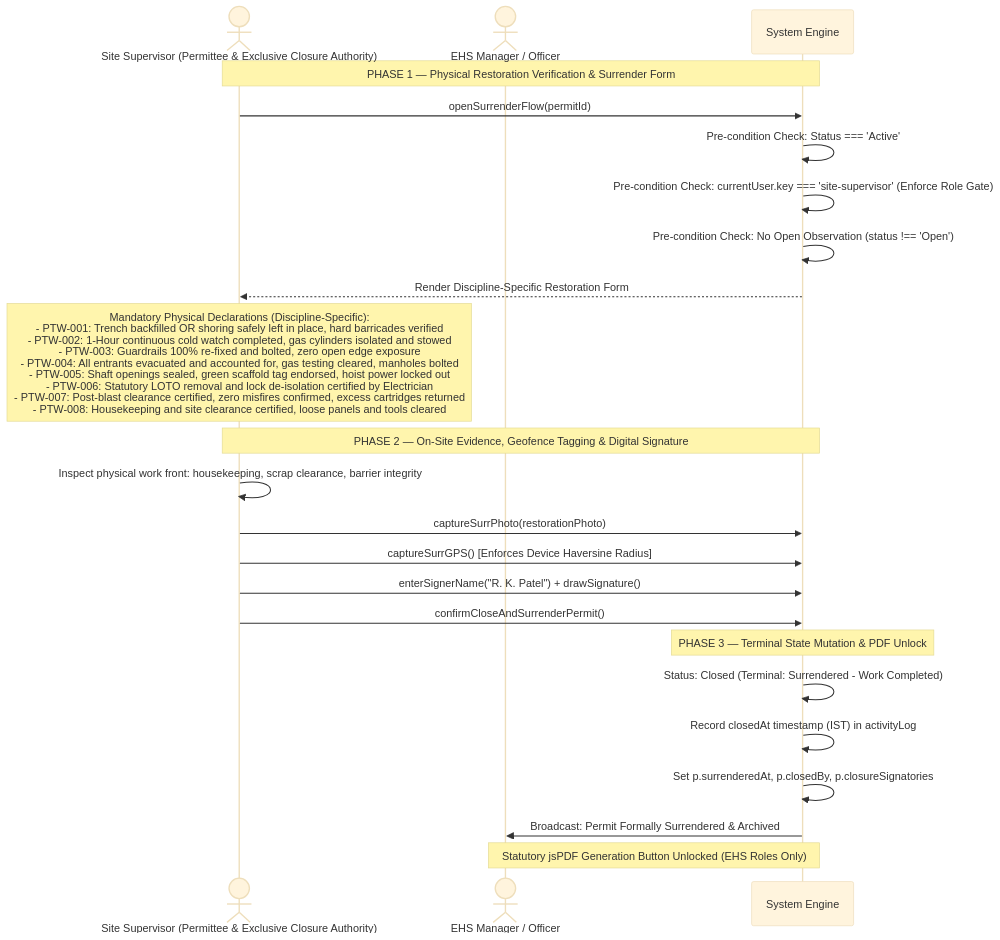
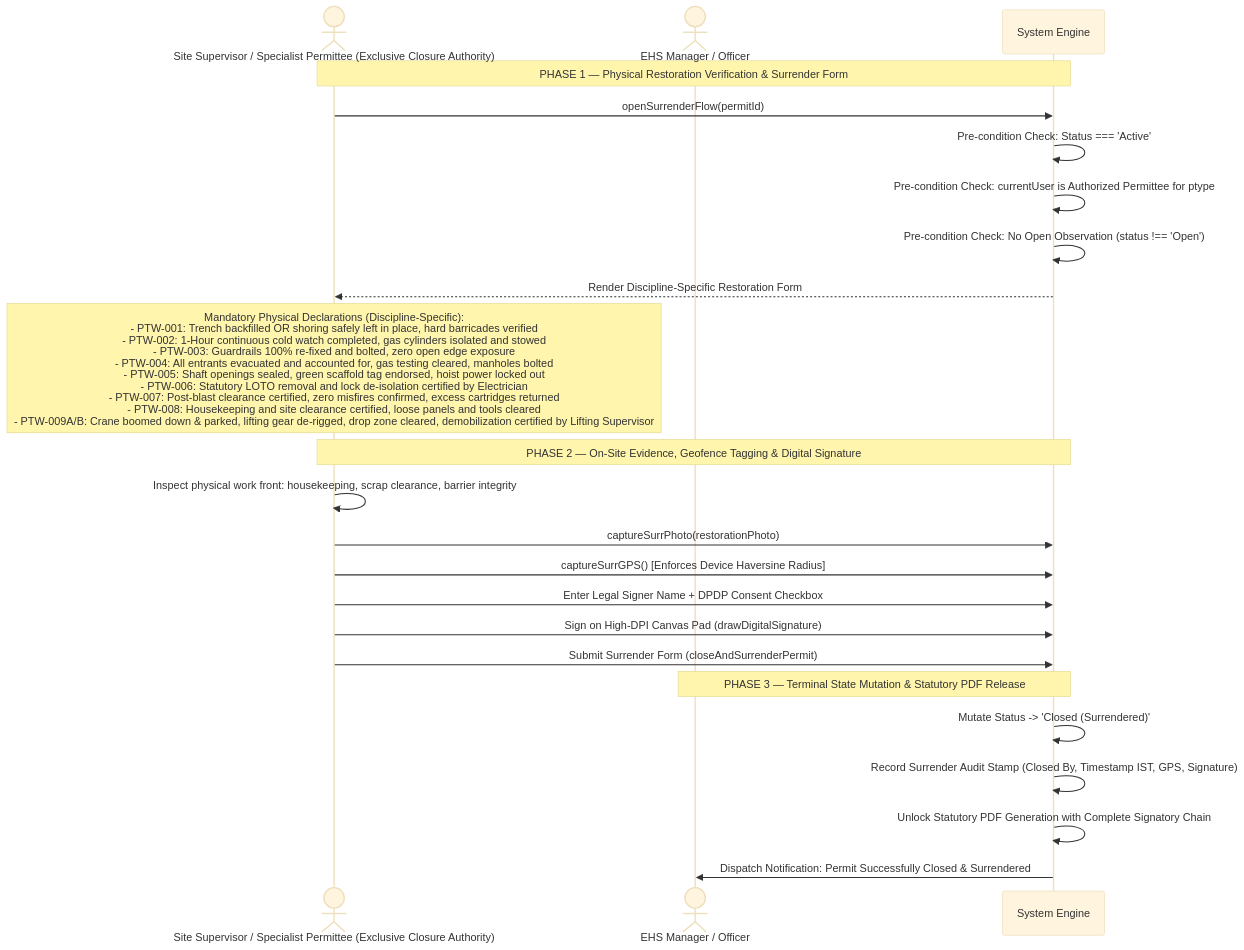
One commit to AuroGroupAutomationBot/ARPL-EHS-Demo changed diagram 31 of 38 in README.md. Above: the diagram before and after it, drawn with Mermaid (base theme). The commit also changed other lines of this file and 9 other files, not shown here.

````diff
--- a/README.md
+++ b/README.md
@@ -1994,29 +2354,29 @@
 ```mermaid
 sequenceDiagram
-    actor SS as Site Supervisor (Permittee & Exclusive Closure Authority)
+    actor SS as Site Supervisor / Specialist Permittee (Exclusive Closure Authority)
     actor EHS as EHS Manager / Officer
     participant SYS as System Engine
 
     Note over SS,SYS: PHASE 1 — Physical Restoration Verification & Surrender Form
     SS->>SYS: openSurrenderFlow(permitId)
     SYS->>SYS: Pre-condition Check: Status === 'Active'
-    SYS->>SYS: Pre-condition Check: currentUser.key === 'site-supervisor' (Enforce Role Gate)
+    SYS->>SYS: Pre-condition Check: currentUser is Authorized Permittee for ptype
     SYS->>SYS: Pre-condition Check: No Open Observation (status !== 'Open')
     SYS-->>SS: Render Discipline-Specific Restoration Form
 
-    Note over SS: Mandatory Physical Declarations (Discipline-Specific):<br/>- PTW-001: Trench backfilled OR shoring safely left in place, hard barricades verified<br/>- PTW-002: 1-Hour continuous cold watch completed, gas cylinders isolated and stowed<br/>- PTW-003: Guardrails 100% re-fixed and bolted, zero open edge exposure<br/>- PTW-004: All entrants evacuated and accounted for, gas testing cleared, manholes bolted<br/>- PTW-005: Shaft openings sealed, green scaffold tag endorsed, hoist power locked out<br/>- PTW-006: Statutory LOTO removal and lock de-isolation certified by Electrician<br/>- PTW-007: Post-blast clearance certified, zero misfires confirmed, excess cartridges returned<br/>- PTW-008: Housekeeping and site clearance certified, loose panels and tools cleared
+    Note over SS: Mandatory Physical Declarations (Discipline-Specific):<br/>- PTW-001: Trench backfilled OR shoring safely left in place, hard barricades verified<br/>- PTW-002: 1-Hour continuous cold watch completed, gas cylinders isolated and stowed<br/>- PTW-003: Guardrails 100% re-fixed and bolted, zero open edge exposure<br/>- PTW-004: All entrants evacuated and accounted for, gas testing cleared, manholes bolted<br/>- PTW-005: Shaft openings sealed, green scaffold tag endorsed, hoist power locked out<br/>- PTW-006: Statutory LOTO removal and lock de-isolation certified by Electrician<br/>- PTW-007: Post-blast clearance certified, zero misfires confirmed, excess cartridges returned<br/>- PTW-008: Housekeeping and site clearance certified, loose panels and tools cleared<br/>- PTW-009A/B: Crane boomed down & parked, lifting gear de-rigged, drop zone cleared, demobilization certified by Lifting Supervisor
 
     Note over SS,SYS: PHASE 2 — On-Site Evidence, Geofence Tagging & Digital Signature
     SS->>SS: Inspect physical work front: housekeeping, scrap clearance, barrier integrity
     SS->>SYS: captureSurrPhoto(restorationPhoto)
     SS->>SYS: captureSurrGPS() [Enforces Device Haversine Radius]
-    SS->>SYS: enterSignerName("R. K. Patel") + drawSignature()
-    SS->>SYS: confirmCloseAndSurrenderPermit()
+    SS->>SYS: Enter Legal Signer Name + DPDP Consent Checkbox
+    SS->>SYS: Sign on High-DPI Canvas Pad (drawDigitalSignature)
+    SS->>SYS: Submit Surrender Form (closeAndSurrenderPermit)
 
-    Note over SYS: PHASE 3 — Terminal State Mutation & PDF Unlock
-    SYS->>SYS: Status: Closed (Terminal: Surrendered - Work Completed)
-    SYS->>SYS: Record closedAt timestamp (IST) in activityLog
-    SYS->>SYS: Set p.surrenderedAt, p.closedBy, p.closureSignatories
-    SYS->>EHS: Broadcast: Permit Formally Surrendered & Archived
-    Note over EHS,SYS: Statutory jsPDF Generation Button Unlocked (EHS Roles Only)
+    Note over SYS,EHS: PHASE 3 — Terminal State Mutation & Statutory PDF Release
+    SYS->>SYS: Mutate Status -> 'Closed (Surrendered)'
+    SYS->>SYS: Record Surrender Audit Stamp (Closed By, Timestamp IST, GPS, Signature)
+    SYS->>SYS: Unlock Statutory PDF Generation with Complete Signatory Chain
+    SYS->>EHS: Dispatch Notification: Permit Successfully Closed & Surrendered
 ```
````
